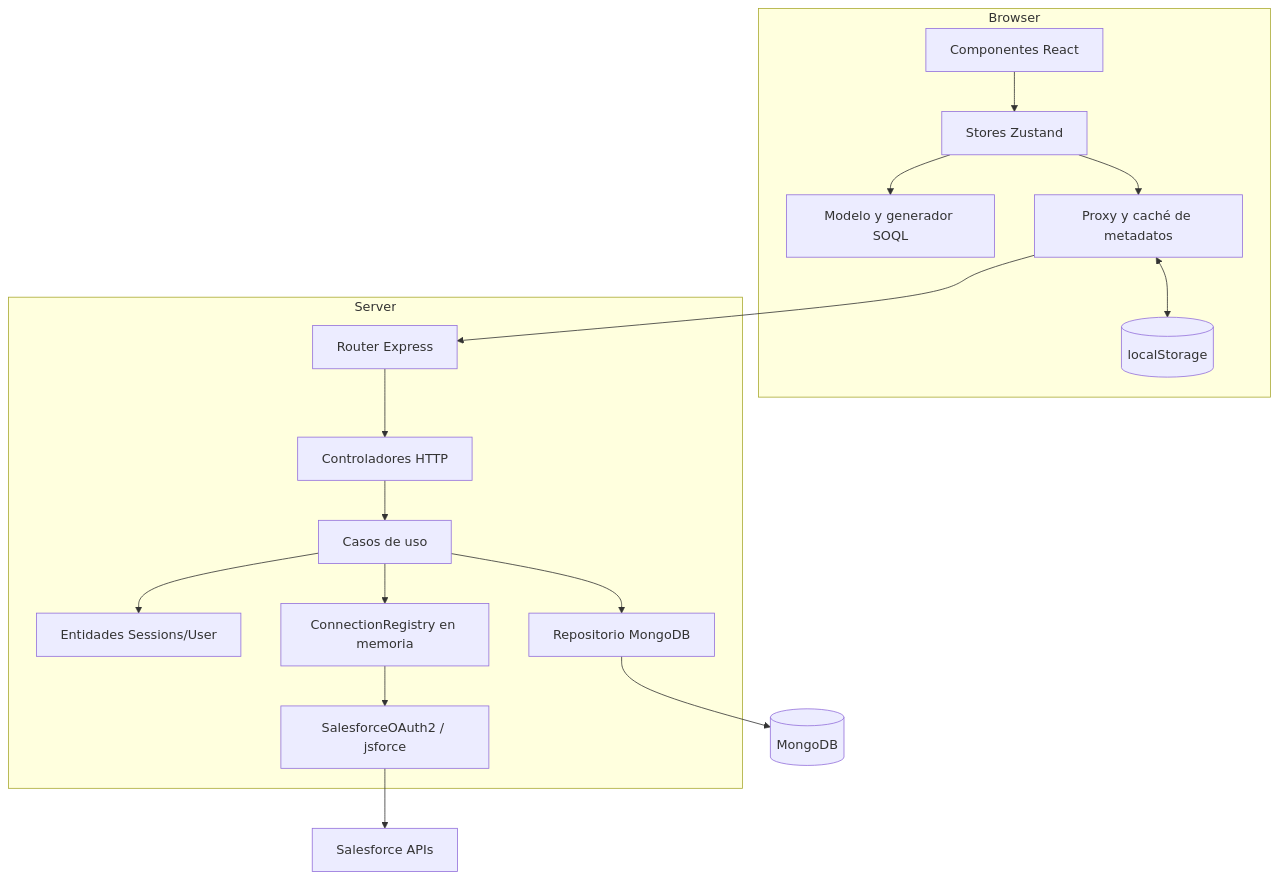
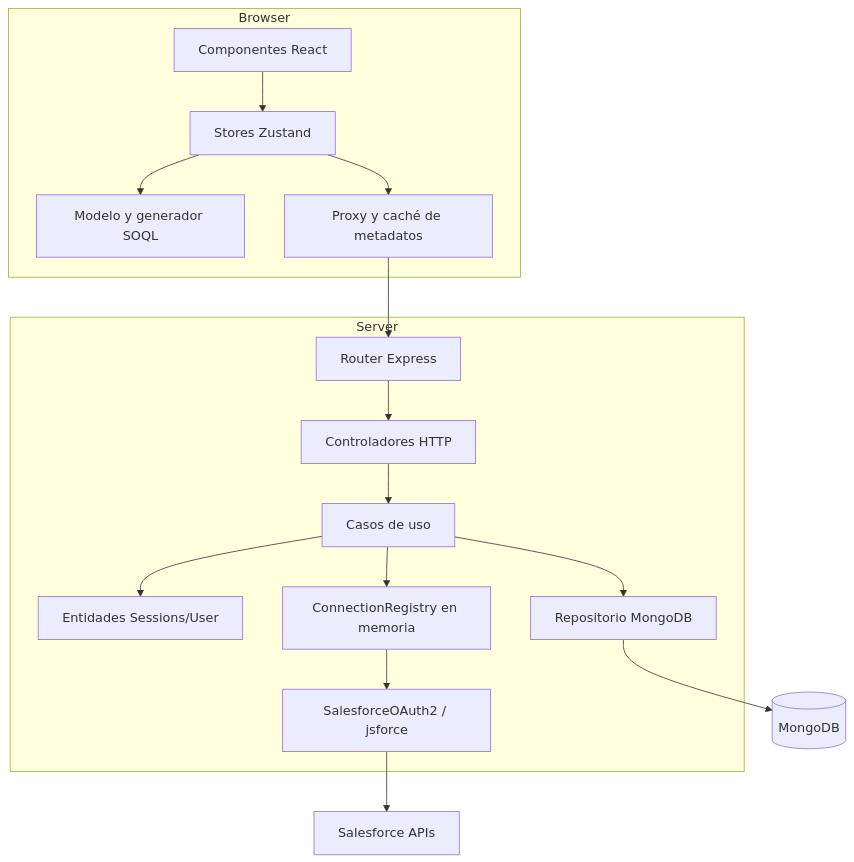
The first of 3 diagrams in doc/ARQUITECTURA.md (eBarrero/sfstudio), drawn with Mermaid before and after one commit. The commit also changed other lines of this file and 16 other files, not shown here.

````diff
--- a/doc/ARQUITECTURA.md
+++ b/doc/ARQUITECTURA.md
@@ -14,35 +14,33 @@
 ```mermaid
 flowchart TB
     subgraph Browser
         Components[Componentes React]
         Stores[Stores Zustand]
         Model[Modelo y generador SOQL]
         Proxy[Proxy y caché de metadatos]
-        Local[(localStorage)]
         Components --> Stores
         Stores --> Model
         Stores --> Proxy
-        Proxy <--> Local
     end
 
     subgraph Server
         Router[Router Express]
         Controllers[Controladores HTTP]
         UseCases[Casos de uso]
         Domain[Entidades Sessions/User]
         Pool[ConnectionRegistry en memoria]
         Repository[Repositorio MongoDB]
         Driver[SalesforceOAuth2 / jsforce]
 
         Router --> Controllers
         Controllers --> UseCases
         UseCases --> Domain
         UseCases --> Repository
         UseCases --> Pool
         Pool --> Driver
     end
 
     Proxy --> Router
     Repository --> Mongo[(MongoDB)]
     Driver --> Salesforce[Salesforce APIs]
 ```
````
